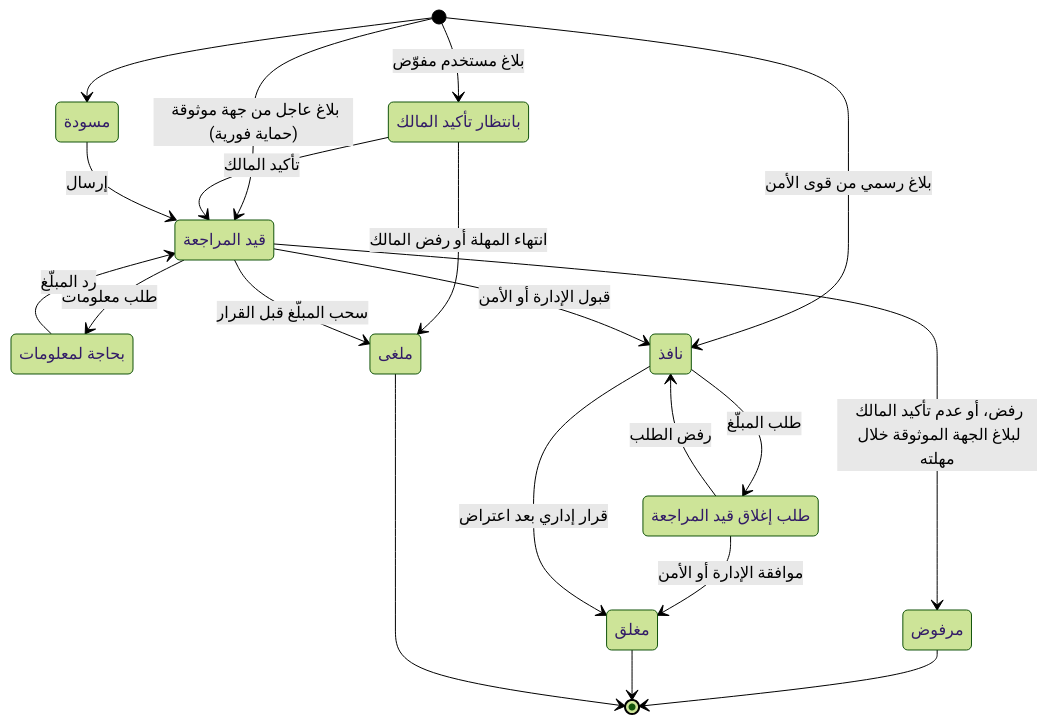
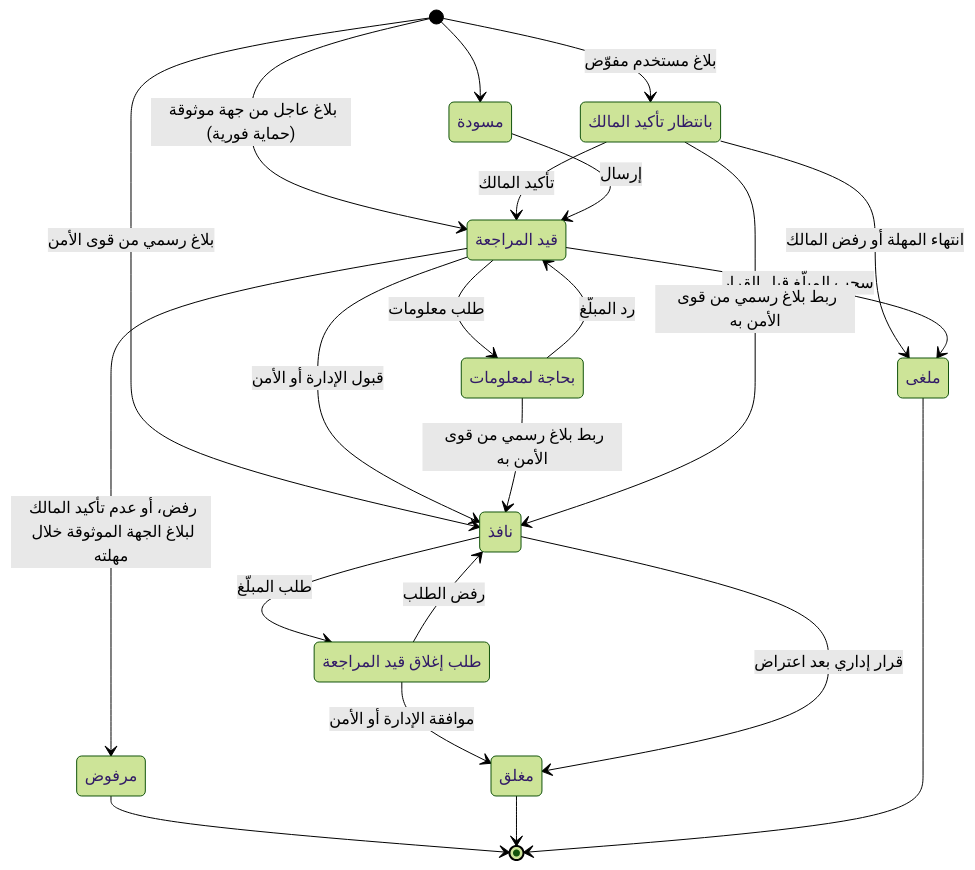
Before and after one commit to servacode/imei: the diagram in docs/06-business-rules.md, drawn with Mermaid (forest theme). The commit also changed other lines of this file and 6 other files, not shown here.

````diff
--- a/docs/06-business-rules.md
+++ b/docs/06-business-rules.md
@@ -92,31 +92,33 @@
 ```mermaid
 stateDiagram-v2
     state "مسودة" as Draft
     state "قيد المراجعة" as Pending
     state "بحاجة لمعلومات" as NeedsInfo
     state "مرفوض" as Rejected
     state "نافذ" as Active
     state "طلب إغلاق قيد المراجعة" as ClosureRequested
     state "مغلق" as Closed
     state "بانتظار تأكيد المالك" as AwaitingOwner
     state "ملغى" as Cancelled
     [*] --> Draft
     [*] --> AwaitingOwner: بلاغ مستخدم مفوّض
     [*] --> Pending: بلاغ عاجل من جهة موثوقة (حماية فورية)
     AwaitingOwner --> Pending: تأكيد المالك
     AwaitingOwner --> Cancelled: انتهاء المهلة أو رفض المالك
     Pending --> Cancelled: سحب المبلّغ قبل القرار
     [*] --> Active: بلاغ رسمي من قوى الأمن
     Draft --> Pending: إرسال
     Pending --> NeedsInfo: طلب معلومات
     NeedsInfo --> Pending: رد المبلّغ
     Pending --> Rejected: رفض، أو عدم تأكيد المالك لبلاغ الجهة الموثوقة خلال مهلته
     Pending --> Active: قبول الإدارة أو الأمن
+    NeedsInfo --> Active: ربط بلاغ رسمي من قوى الأمن به
+    AwaitingOwner --> Active: ربط بلاغ رسمي من قوى الأمن به
     Active --> ClosureRequested: طلب المبلّغ
     ClosureRequested --> Active: رفض الطلب
     ClosureRequested --> Closed: موافقة الإدارة أو الأمن
     Active --> Closed: قرار إداري بعد اعتراض
     Rejected --> [*]
     Closed --> [*]
     Cancelled --> [*]
 ```
````
